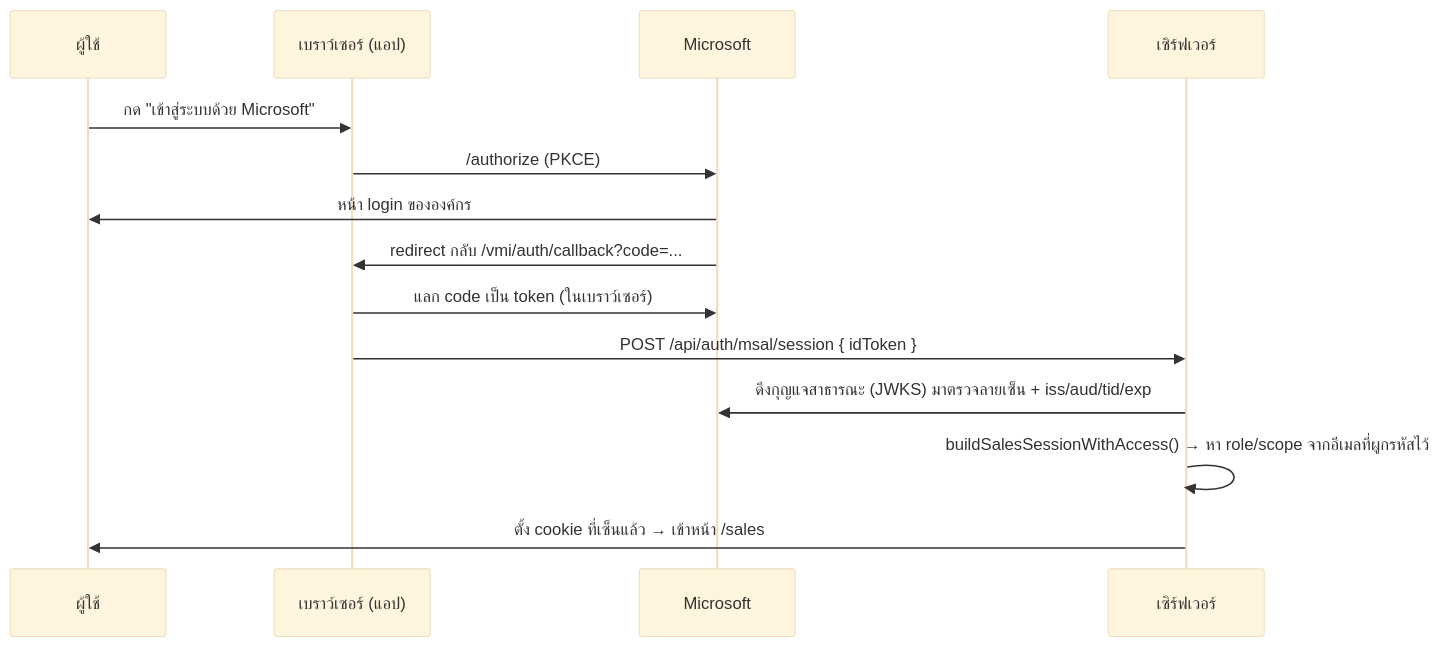
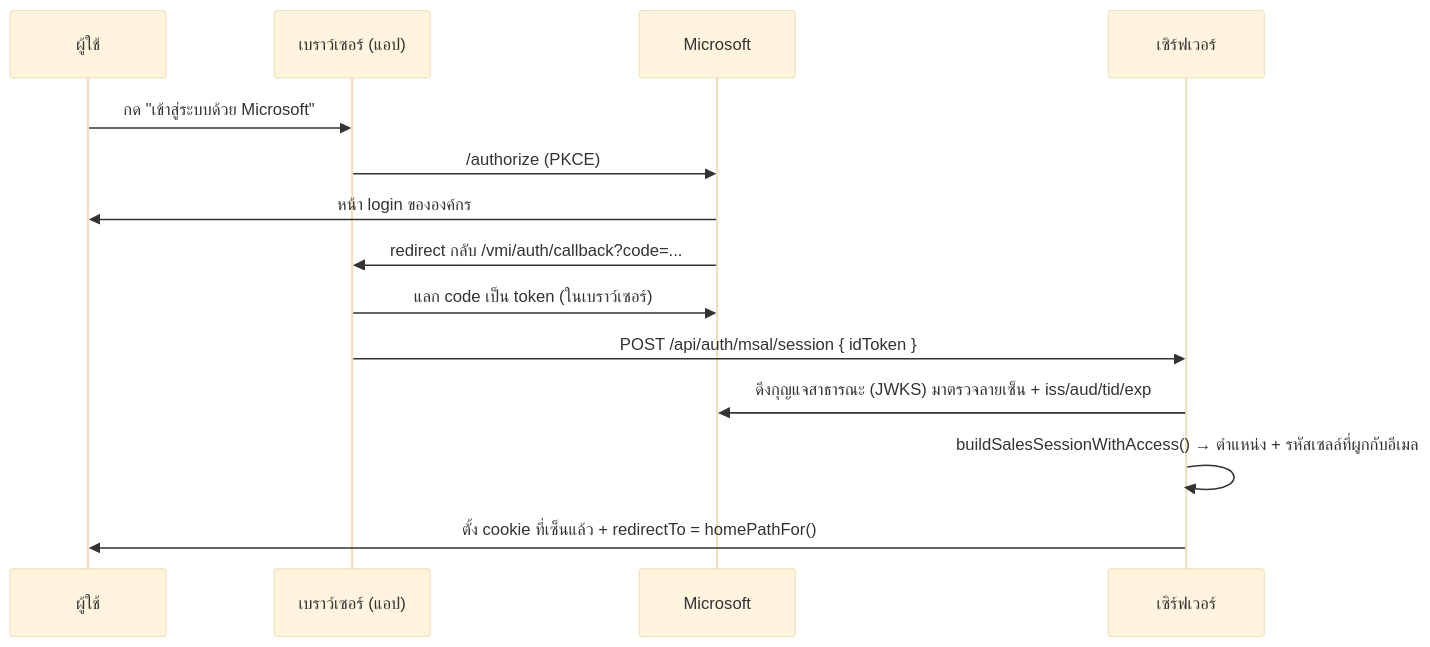
The diagram in docs/wiki/03-authentication.md (jintanabp/VMI), drawn with Mermaid (base theme) before and after one commit. The commit also changed other lines of this file and 37 other files, not shown here.

````diff
--- a/docs/wiki/03-authentication.md
+++ b/docs/wiki/03-authentication.md
@@ -72,16 +118,16 @@
 ```mermaid
 sequenceDiagram
     participant U as ผู้ใช้
     participant B as เบราว์เซอร์ (แอป)
     participant M as Microsoft
     participant S as เซิร์ฟเวอร์
     U->>B: กด "เข้าสู่ระบบด้วย Microsoft"
     B->>M: /authorize (PKCE)
     M->>U: หน้า login ขององค์กร
     M->>B: redirect กลับ /vmi/auth/callback?code=...
     B->>M: แลก code เป็น token (ในเบราว์เซอร์)
     B->>S: POST /api/auth/msal/session { idToken }
     S->>M: ดึงกุญแจสาธารณะ (JWKS) มาตรวจลายเซ็น + iss/aud/tid/exp
-    S->>S: buildSalesSessionWithAccess() → หา role/scope จากอีเมลที่ผูกรหัสไว้
-    S->>U: ตั้ง cookie ที่เซ็นแล้ว → เข้าหน้า /sales
+    S->>S: buildSalesSessionWithAccess() → ตำแหน่ง + รหัสเซลล์ที่ผูกกับอีเมล
+    S->>U: ตั้ง cookie ที่เซ็นแล้ว + redirectTo = homePathFor()
 ```
````
